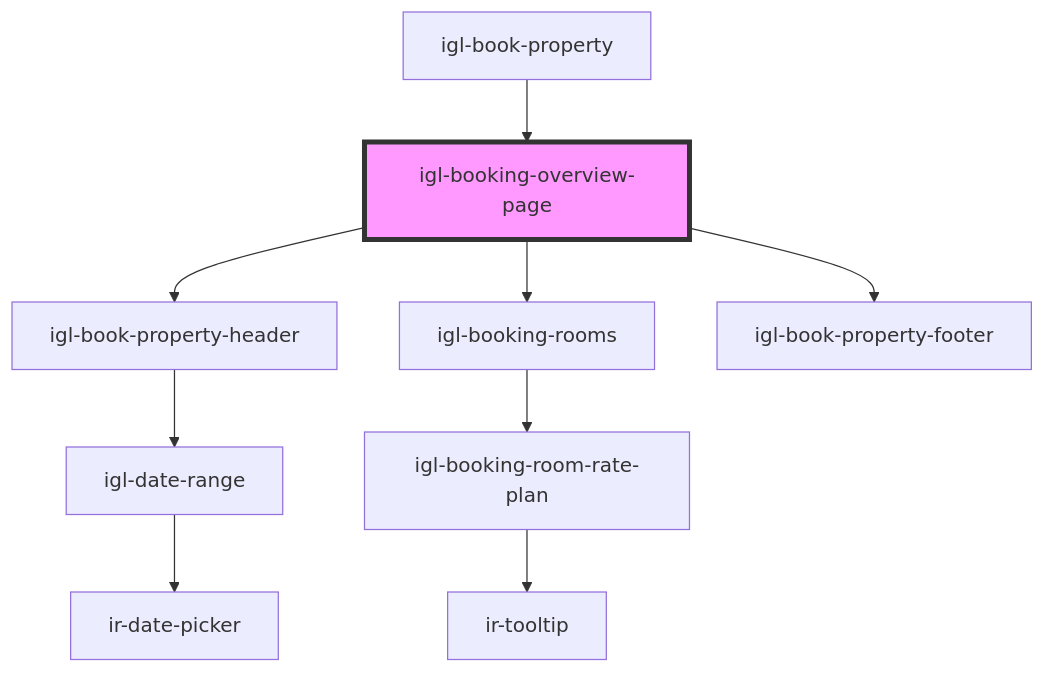
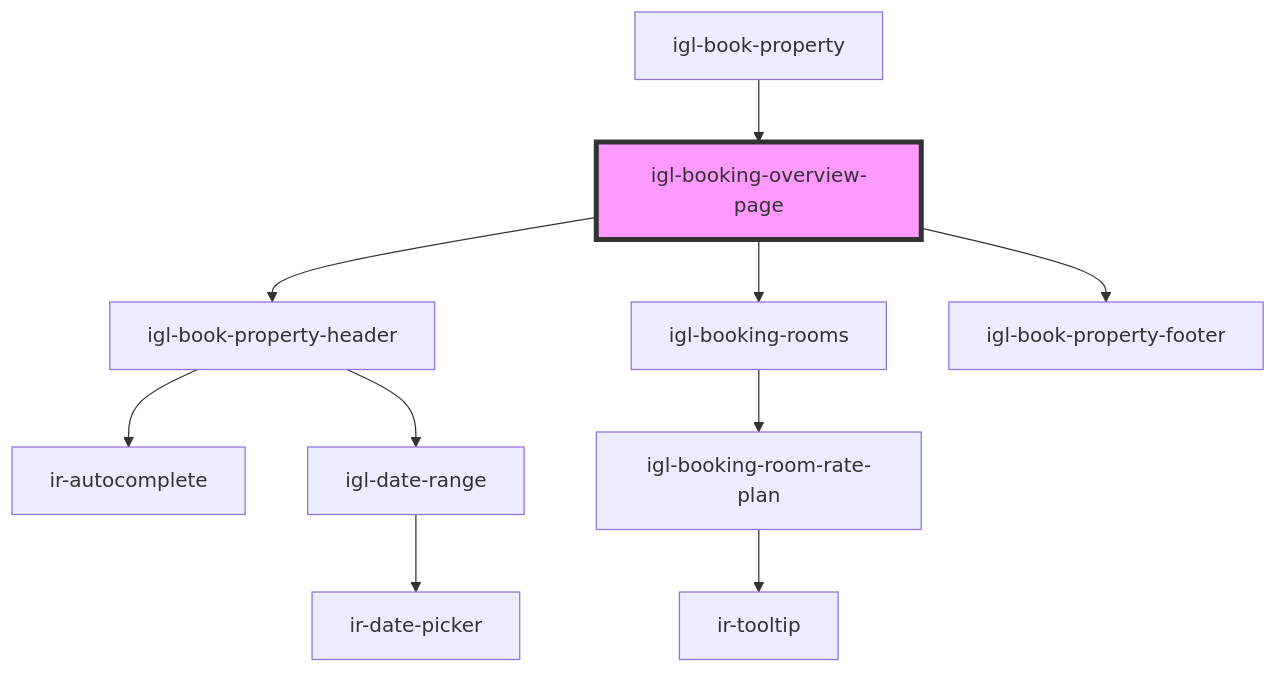
One commit to RonyRizk/ir-webcmp changed the diagram in src/components/igloo-calendar/igl-book-property/igl-booking-overview-page/readme.md. Above: the diagram before and after it, drawn with Mermaid. The commit also changed other lines of this file and 26 other files, not shown here.

````diff
--- a/src/components/igloo-calendar/igl-book-property/igl-booking-overview-page/readme.md
+++ b/src/components/igloo-calendar/igl-book-property/igl-booking-overview-page/readme.md
@@ -46,12 +48,13 @@
 ```mermaid
 graph TD;
   igl-booking-overview-page --> igl-book-property-header
   igl-booking-overview-page --> igl-booking-rooms
   igl-booking-overview-page --> igl-book-property-footer
+  igl-book-property-header --> ir-autocomplete
   igl-book-property-header --> igl-date-range
   igl-date-range --> ir-date-picker
   igl-booking-rooms --> igl-booking-room-rate-plan
   igl-booking-room-rate-plan --> ir-tooltip
   igl-book-property --> igl-booking-overview-page
   style igl-booking-overview-page fill:#f9f,stroke:#333,stroke-width:4px
 ```
````
